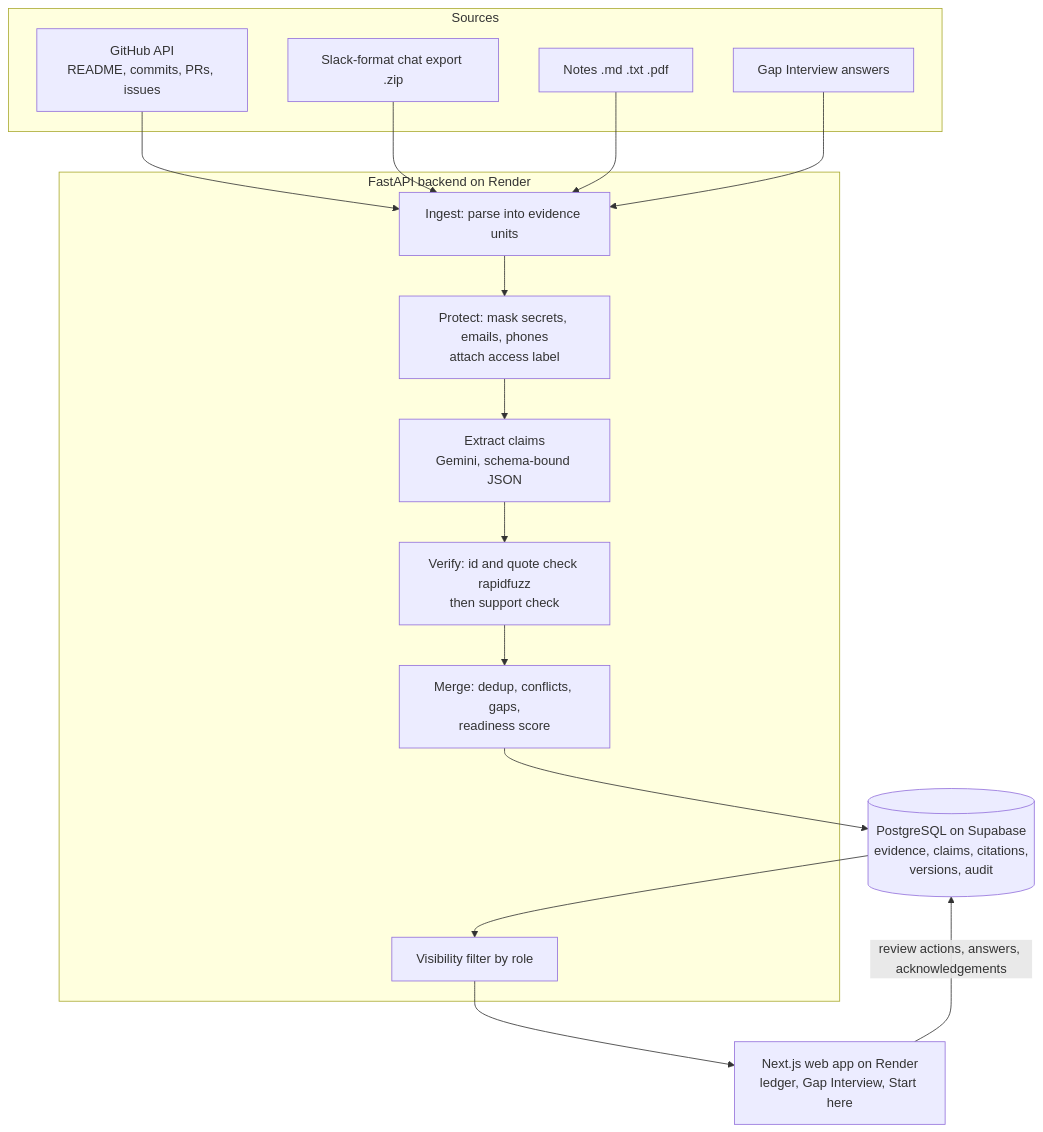
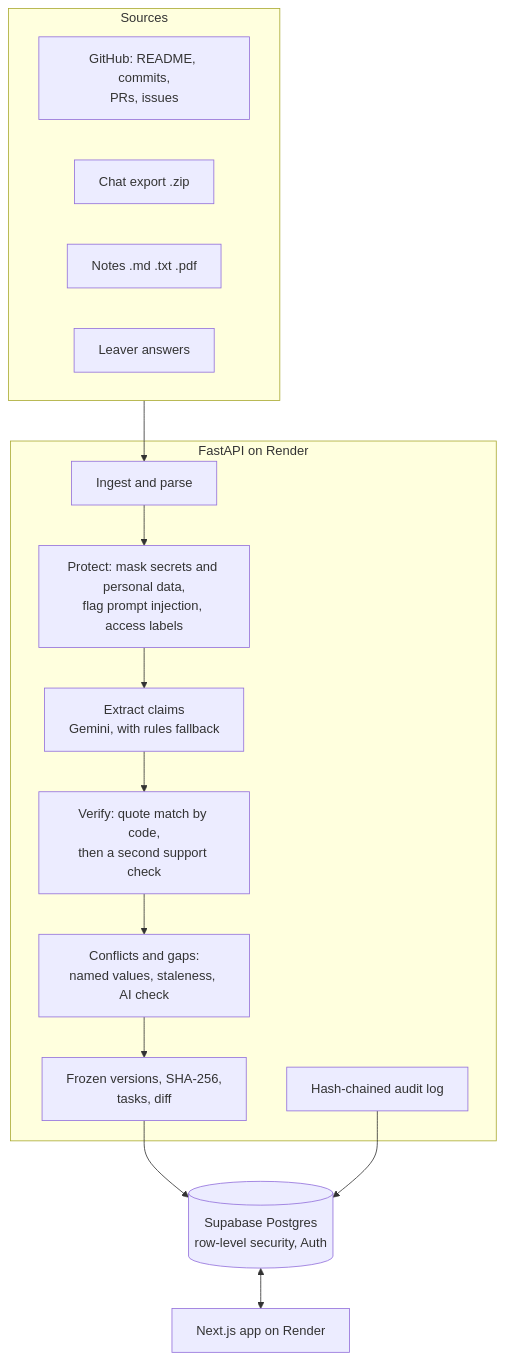
One commit to PawanBhandari03/Continuum changed the second of 4 diagrams in README.md. Above: the diagram before and after it, drawn with Mermaid. The commit also changed other lines of this file and 1 other file, not shown here.

Commit message:
docs: README rewritten for Round 3 (judge path, three improvements delivered, measured results, diagrams); .env.example matches the real configuration

````diff
--- a/README.md
+++ b/README.md
@@ -53,26 +65,23 @@
 ```mermaid
 flowchart TB
     subgraph Sources
-        GH[GitHub API<br/>README, commits, PRs, issues]
-        CH[Slack-format chat export .zip]
+        GH[GitHub: README, commits,<br/>PRs, issues]
+        CH[Chat export .zip]
         NT[Notes .md .txt .pdf]
-        QA[Gap Interview answers]
+        QA[Leaver answers]
     end
-    subgraph API[FastAPI backend on Render]
-        ING[Ingest: parse into evidence units]
-        PRO[Protect: mask secrets, emails, phones<br/>attach access label]
-        EXT[Extract claims<br/>Gemini, schema-bound JSON]
-        VER[Verify: id and quote check rapidfuzz<br/>then support check]
-        MRG[Merge: dedup, conflicts, gaps,<br/>readiness score]
-        VIS[Visibility filter by role]
+    subgraph API[FastAPI on Render]
+        ING[Ingest and parse]
+        PRO[Protect: mask secrets and personal data,<br/>flag prompt injection, access labels]
+        EXT[Extract claims<br/>Gemini, with rules fallback]
+        VER[Verify: quote match by code,<br/>then a second support check]
+        CNF[Conflicts and gaps:<br/>named values, staleness, AI check]
+        SNAP[Frozen versions, SHA-256,<br/>tasks, diff]
+        AUD[Hash-chained audit log]
     end
-    DB[(PostgreSQL on Supabase<br/>evidence, claims, citations,<br/>versions, audit)]
-    WEB[Next.js web app on Render<br/>ledger, Gap Interview, Start here]
-    GH --> ING
-    CH --> ING
-    NT --> ING
-    QA --> ING
-    ING --> PRO --> EXT --> VER --> MRG --> DB
-    DB --> VIS --> WEB
-    WEB -->|review actions, answers, acknowledgements| DB
+    DB[(Supabase Postgres<br/>row-level security, Auth)]
+    WEB[Next.js app on Render]
+    Sources --> ING --> PRO --> EXT --> VER --> CNF --> SNAP --> DB
+    AUD --> DB
+    DB <--> WEB
 ```
````
